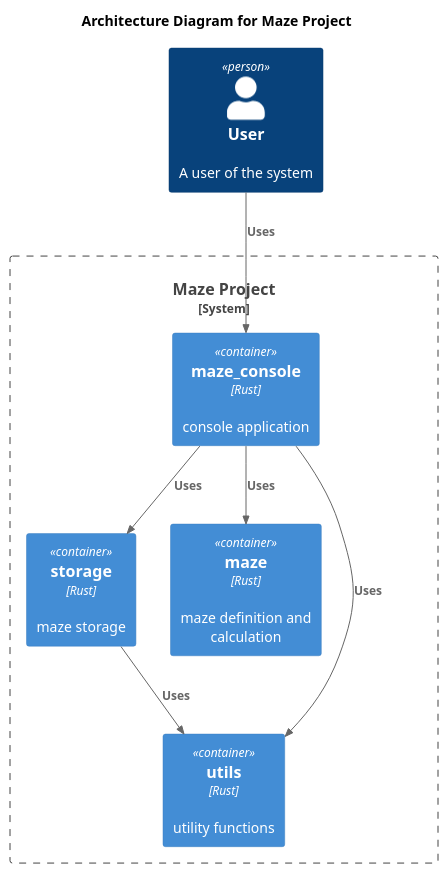
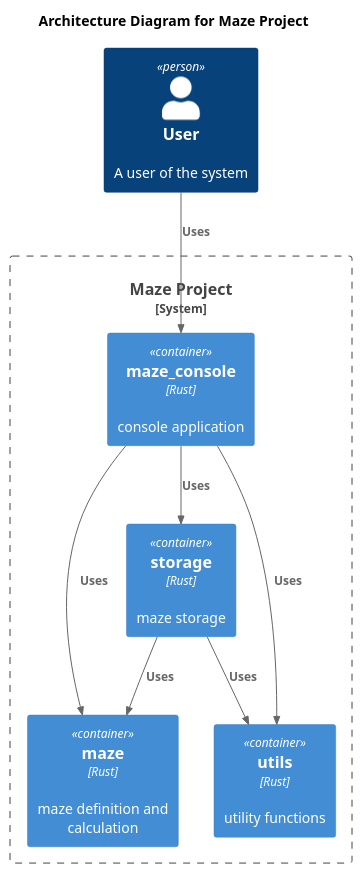
One commit to budgiedownunder/maze changed the diagram in docs/diagrams/architecture.puml. Above: the diagram before and after it, drawn with PlantUML.

Commit message:
Update architecture diagram

```diff
--- a/docs/diagrams/architecture.puml
+++ b/docs/diagrams/architecture.puml
@@ -1,20 +1,21 @@
 @startuml
 
 !include https://raw.githubusercontent.com/plantuml-stdlib/C4-PlantUML/master/C4_Container.puml
 
 title Architecture Diagram for Maze Project
 
 Person(user, "User", "A user of the system")
 System_Boundary(c1, "Maze Project") {
     Container(maze_console, "maze_console", "Rust", "console application")
     Container(storage, "storage", "Rust", "maze storage")
     Container(maze, "maze", "Rust", "maze definition and calculation")
     Container(utils, "utils", "Rust", "utility functions")
 }
 
 Rel(user, maze_console, "Uses")
 Rel(maze_console, maze, "Uses")
 Rel(maze_console, storage, "Uses")
 Rel(maze_console, utils, "Uses")
+Rel(storage, maze, "Uses")
 Rel(storage, utils, "Uses")
 @enduml
```
